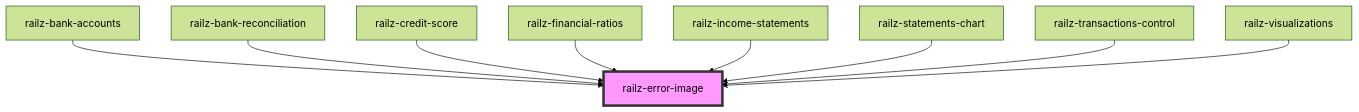
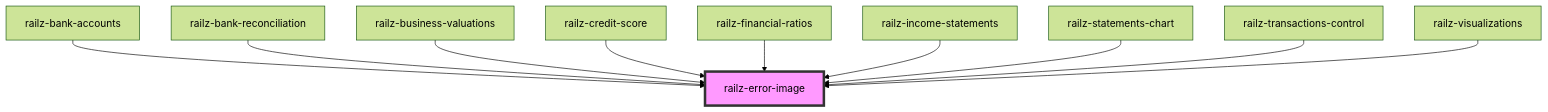
One commit to railz-ai/railz-visualizations changed the diagram in packages/components/src/elements/error/readme.md. Above: the diagram before and after it, drawn with Mermaid (forest theme). The commit also changed other lines of this file and 17 other files, not shown here.

````diff
--- a/packages/components/src/elements/error/readme.md
+++ b/packages/components/src/elements/error/readme.md
@@ -30,12 +31,13 @@
 ```mermaid
 graph TD;
   railz-bank-accounts --> railz-error-image
   railz-bank-reconciliation --> railz-error-image
+  railz-business-valuations --> railz-error-image
   railz-credit-score --> railz-error-image
   railz-financial-ratios --> railz-error-image
   railz-income-statements --> railz-error-image
   railz-statements-chart --> railz-error-image
   railz-transactions-control --> railz-error-image
   railz-visualizations --> railz-error-image
   style railz-error-image fill:#f9f,stroke:#333,stroke-width:4px
 ```
````
